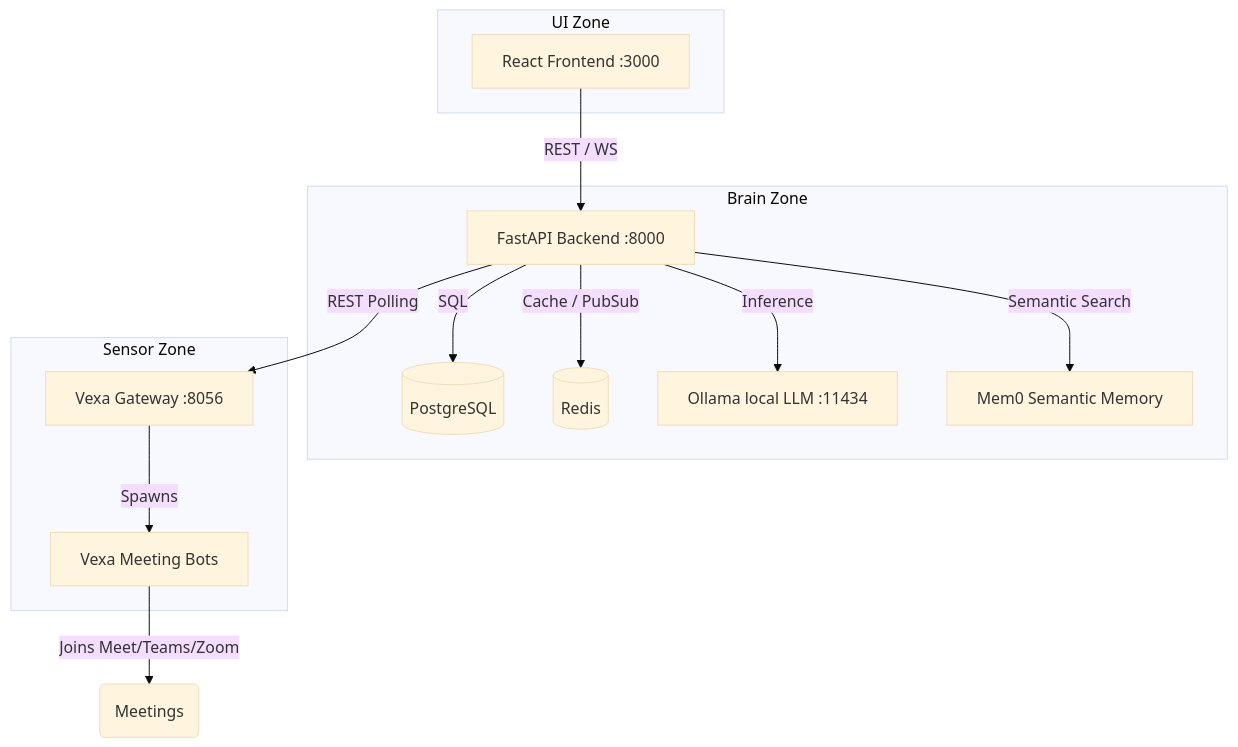
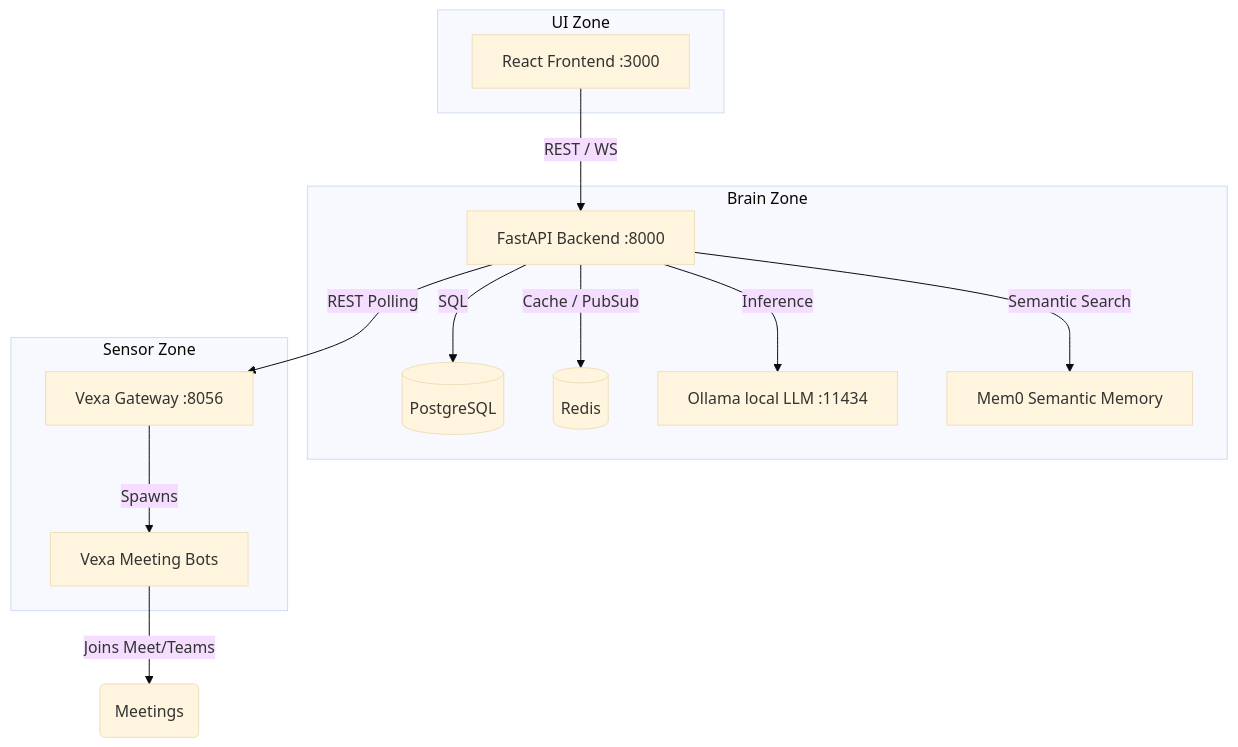
One commit to MeetingMind-AI/meetingmind-ai changed the diagram in README.md. Above: the diagram before and after it, drawn with Mermaid (base theme). The commit also changed other lines of this file and 2 other files, not shown here.

Commit message:
Remove Zoom references from docs
This change updates project documentation to reflect the supported meeting platforms currently documented for MeetingMind AI: Google Meet and Microsoft Teams. It removes Zoom mentions from the README, technical manual, and backend architecture docs so the docs match the actual integration scope and avoid stale platform references.

````diff
--- a/README.md
+++ b/README.md
@@ -55,28 +55,28 @@
 ```mermaid
 flowchart TD
     subgraph UI Zone
       F[React Frontend :3000]
     end
 
     subgraph Brain Zone
       B[FastAPI Backend :8000]
       DB[(PostgreSQL)]
       R[(Redis)]
       O[Ollama local LLM :11434]
       M[Mem0 Semantic Memory]
     end
 
     subgraph Sensor Zone
       V[Vexa Gateway :8056]
       VB[Vexa Meeting Bots]
     end
 
     F -->|REST / WS| B
     B -->|REST Polling| V
     B -->|SQL| DB
     B -->|Cache / PubSub| R
     B -->|Inference| O
     B -->|Semantic Search| M
     V -->|Spawns| VB
-    VB -->|Joins Meet/Teams/Zoom| External(Meetings)
+    VB -->|Joins Meet/Teams| External(Meetings)
 ```
````
